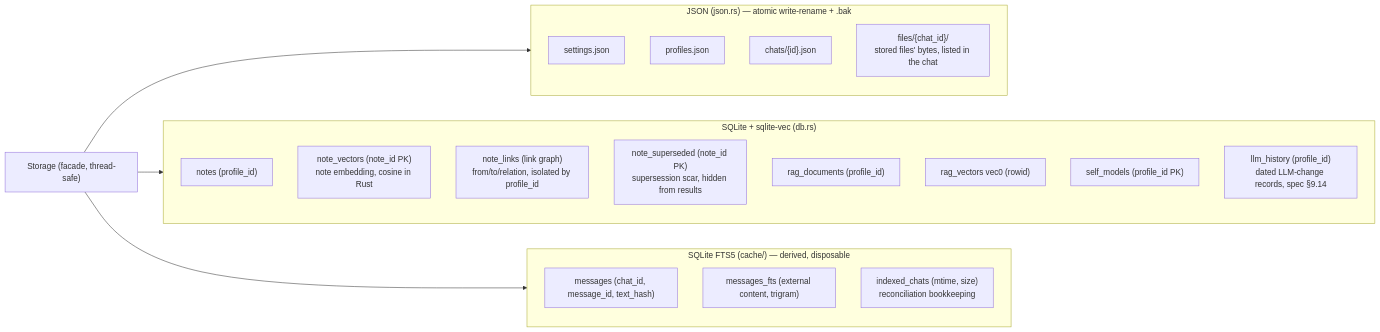
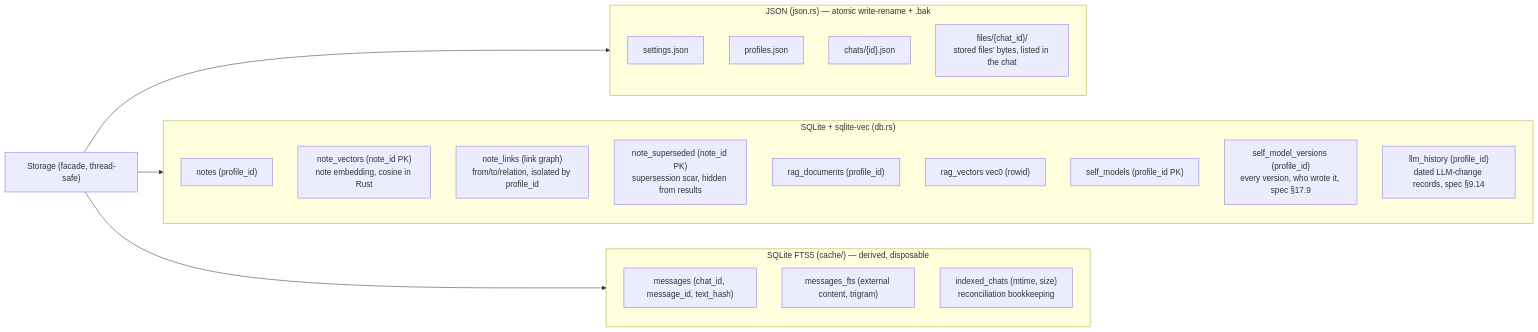
One commit to vshylov/mindfork-rs changed the ninth of 17 diagrams in docs/architecture.md. Above: the diagram before and after it, drawn with Mermaid. The commit also changed other lines of this file and 39 other files, not shown here.

First line of the commit message:
feat(self-model): keep every version with who wrote it; H on F3, stats --self-model

````diff
--- a/docs/architecture.md
+++ b/docs/architecture.md
@@ -2487,28 +2487,29 @@
 ```mermaid
 flowchart LR
     STORE["Storage (facade, thread-safe)"]
     subgraph JSON["JSON (json.rs) — atomic write-rename + .bak"]
         SET["settings.json"]
         PRO["profiles.json"]
         CHATS["chats/{id}.json"]
         FILES["files/{chat_id}/<br/>stored files' bytes, listed in the chat"]
     end
     subgraph DB["SQLite + sqlite-vec (db.rs)"]
         NOTES["notes (profile_id)"]
         NV["note_vectors (note_id PK)<br/>note embedding, cosine in Rust"]
         NL["note_links (link graph)<br/>from/to/relation, isolated by profile_id"]
         NSUP["note_superseded (note_id PK)<br/>supersession scar, hidden from results"]
         RAGD["rag_documents (profile_id)"]
         VEC["rag_vectors vec0 (rowid)"]
         SELF["self_models (profile_id PK)"]
+        SMV["self_model_versions (profile_id)<br/>every version, who wrote it, spec §17.9"]
         LLMH["llm_history (profile_id)<br/>dated LLM-change records, spec §9.14"]
     end
     subgraph CACHE["SQLite FTS5 (cache/) — derived, disposable"]
         MSG["messages (chat_id, message_id, text_hash)"]
         FTS["messages_fts (external content, trigram)"]
         IC["indexed_chats (mtime, size)<br/>reconciliation bookkeeping"]
     end
     STORE --> JSON
     STORE --> DB
     STORE --> CACHE
 ```
````
